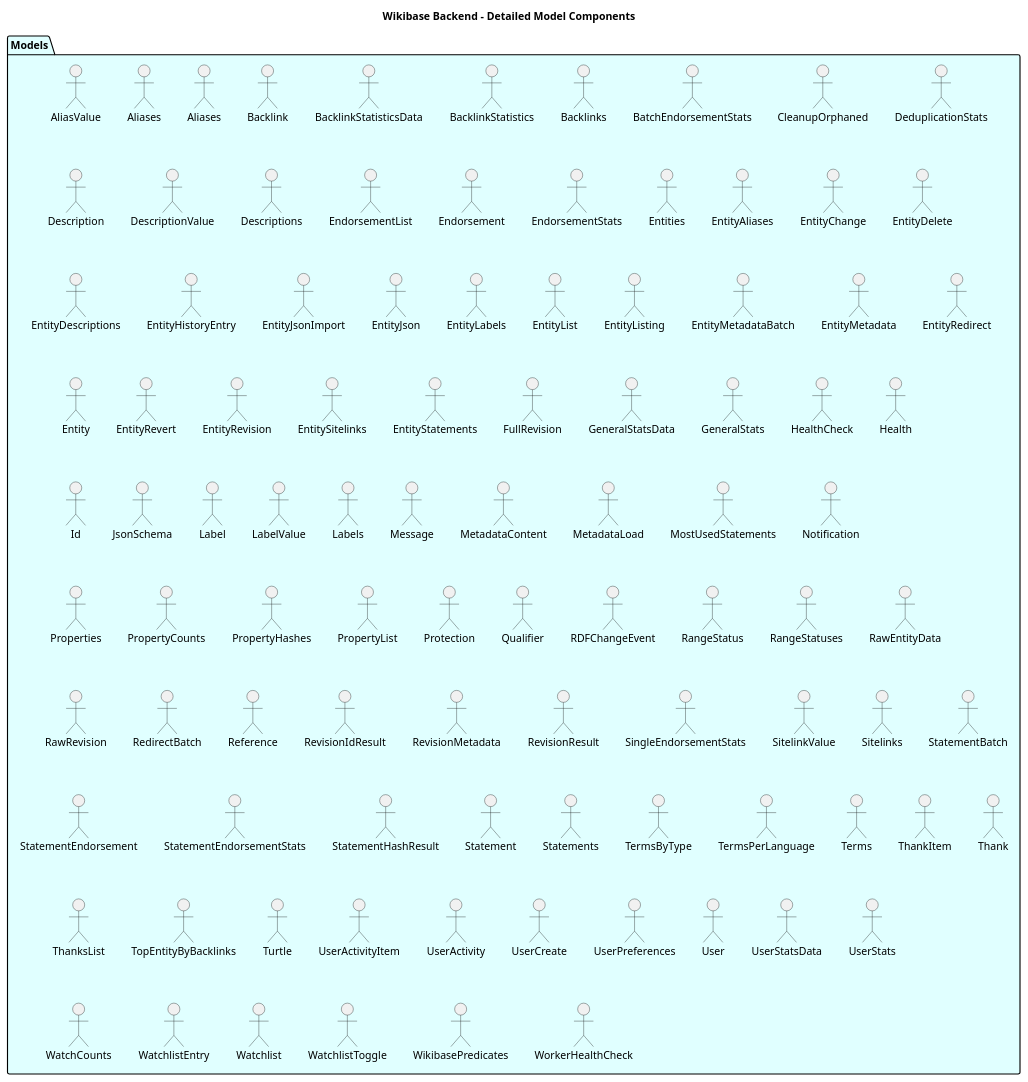
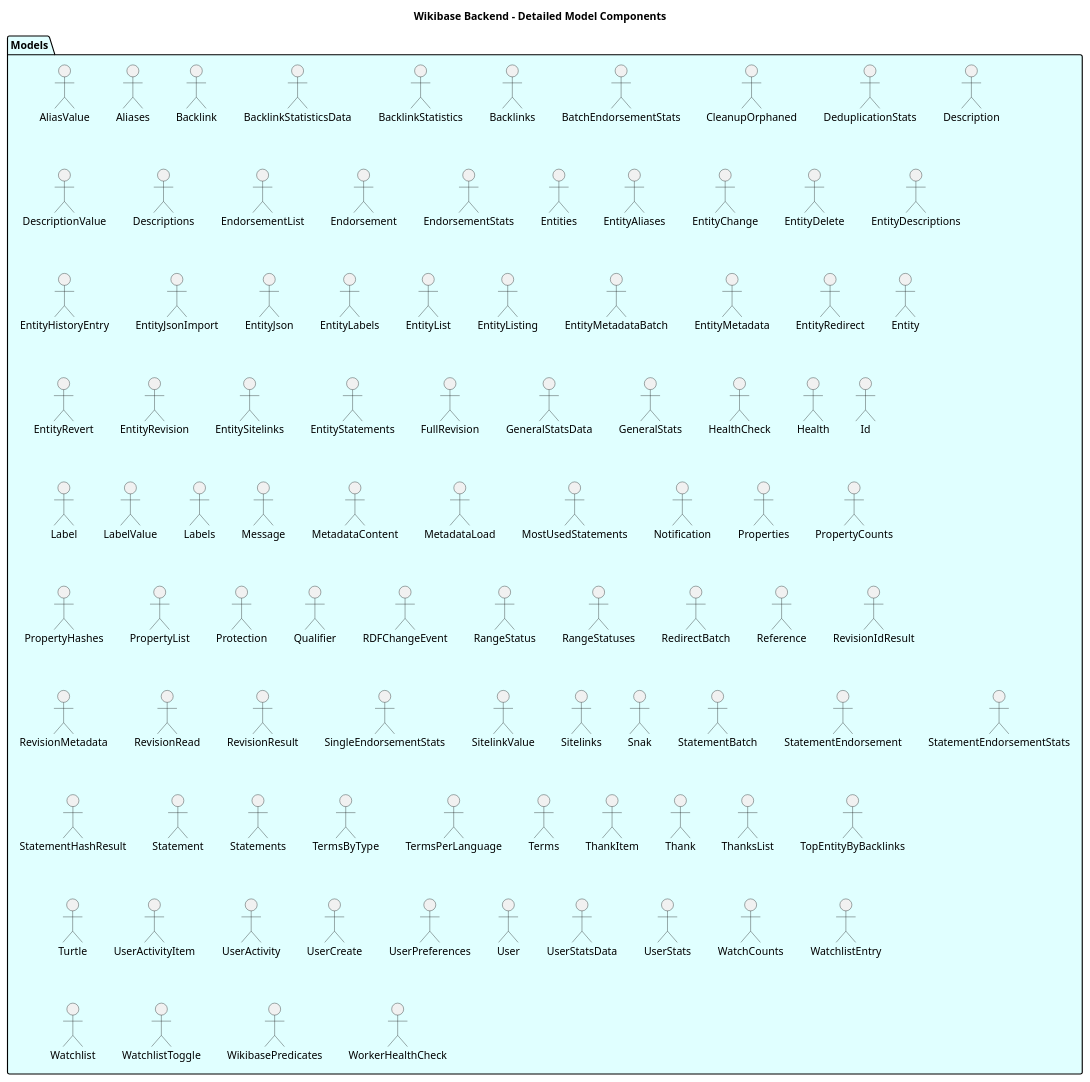
Before and after one commit to dpriskorn/entitybase-backend: the diagram in doc/DIAGRAMS/detailed_model_components.puml, drawn with PlantUML. The commit also changed 59 other files, not shown here.

```diff
--- a/doc/DIAGRAMS/detailed_model_components.puml
+++ b/doc/DIAGRAMS/detailed_model_components.puml
@@ -1,104 +1,102 @@
 @startuml Detailed Model Components
 
 title Wikibase Backend - Detailed Model Components
 
 package "Models" as Models #LightCyan {
     "AliasValue" as AliasValue
-    "Aliases" as Aliases
     "Aliases" as AliasesResponse
     "Backlink" as BacklinkResponse
     "BacklinkStatisticsData" as BacklinkStatisticsData
     "BacklinkStatistics" as BacklinkStatisticsResponse
     "Backlinks" as BacklinksResponse
     "BatchEndorsementStats" as BatchEndorsementStatsResponse
     "CleanupOrphaned" as CleanupOrphanedResponse
     "DeduplicationStats" as DeduplicationStatsResponse
     "Description" as DescriptionResponse
     "DescriptionValue" as DescriptionValue
     "Descriptions" as DescriptionsResponse
     "EndorsementList" as EndorsementListResponse
     "Endorsement" as EndorsementResponse
     "EndorsementStats" as EndorsementStatsResponse
     "Entities" as EntitiesResponse
     "EntityAliases" as EntityAliasesResponse
     "EntityChange" as EntityChange
     "EntityDelete" as EntityDeleteResponse
     "EntityDescriptions" as EntityDescriptionsResponse
     "EntityHistoryEntry" as EntityHistoryEntry
     "EntityJsonImport" as EntityJsonImportResponse
     "EntityJson" as EntityJsonResponse
     "EntityLabels" as EntityLabelsResponse
     "EntityList" as EntityListResponse
     "EntityListing" as EntityListing
     "EntityMetadataBatch" as EntityMetadataBatchResponse
     "EntityMetadata" as EntityMetadataResponse
     "EntityRedirect" as EntityRedirectResponse
     "Entity" as EntityResponse
     "EntityRevert" as EntityRevertResponse
     "EntityRevision" as EntityRevisionResponse
     "EntitySitelinks" as EntitySitelinksResponse
     "EntityStatements" as EntityStatementsResponse
     "FullRevision" as FullRevisionResponse
     "GeneralStatsData" as GeneralStatsData
     "GeneralStats" as GeneralStatsResponse
     "HealthCheck" as HealthCheckResponse
     "Health" as HealthResponse
     "Id" as IdResponse
-    "JsonSchema" as JsonSchema
     "Label" as LabelResponse
     "LabelValue" as LabelValue
     "Labels" as LabelsResponse
     "Message" as MessageResponse
     "MetadataContent" as MetadataContent
     "MetadataLoad" as MetadataLoadResponse
     "MostUsedStatements" as MostUsedStatementsResponse
     "Notification" as NotificationResponse
     "Properties" as PropertiesResponse
     "PropertyCounts" as PropertyCountsResponse
     "PropertyHashes" as PropertyHashesResponse
     "PropertyList" as PropertyListResponse
     "Protection" as ProtectionResponse
     "Qualifier" as QualifierResponse
     "RDFChangeEvent" as RDFChangeEvent
     "RangeStatus" as RangeStatus
     "RangeStatuses" as RangeStatuses
-    "RawEntityData" as RawEntityData
-    "RawRevision" as RawRevisionResponse
     "RedirectBatch" as RedirectBatchResponse
     "Reference" as ReferenceResponse
     "RevisionIdResult" as RevisionIdResult
     "RevisionMetadata" as RevisionMetadataResponse
+    "RevisionRead" as RevisionReadResponse
     "RevisionResult" as RevisionResult
     "SingleEndorsementStats" as SingleEndorsementStatsResponse
     "SitelinkValue" as SitelinkValue
     "Sitelinks" as SitelinksResponse
+    "Snak" as SnakResponse
     "StatementBatch" as StatementBatchResponse
     "StatementEndorsement" as StatementEndorsementResponse
     "StatementEndorsementStats" as StatementEndorsementStats
     "StatementHashResult" as StatementHashResult
     "Statement" as StatementResponse
     "Statements" as StatementsResponse
     "TermsByType" as TermsByType
     "TermsPerLanguage" as TermsPerLanguage
     "Terms" as TermsResponse
     "ThankItem" as ThankItemResponse
     "Thank" as ThankResponse
     "ThanksList" as ThanksListResponse
     "TopEntityByBacklinks" as TopEntityByBacklinks
     "Turtle" as TurtleResponse
     "UserActivityItem" as UserActivityItemResponse
     "UserActivity" as UserActivityResponse
     "UserCreate" as UserCreateResponse
     "UserPreferences" as UserPreferencesResponse
     "User" as UserResponse
     "UserStatsData" as UserStatsData
     "UserStats" as UserStatsResponse
     "WatchCounts" as WatchCounts
     "WatchlistEntry" as WatchlistEntryResponse
     "Watchlist" as WatchlistResponse
     "WatchlistToggle" as WatchlistToggleResponse
     "WikibasePredicates" as WikibasePredicatesResponse
     "WorkerHealthCheck" as WorkerHealthCheckResponse
 }
 
 @enduml
```
